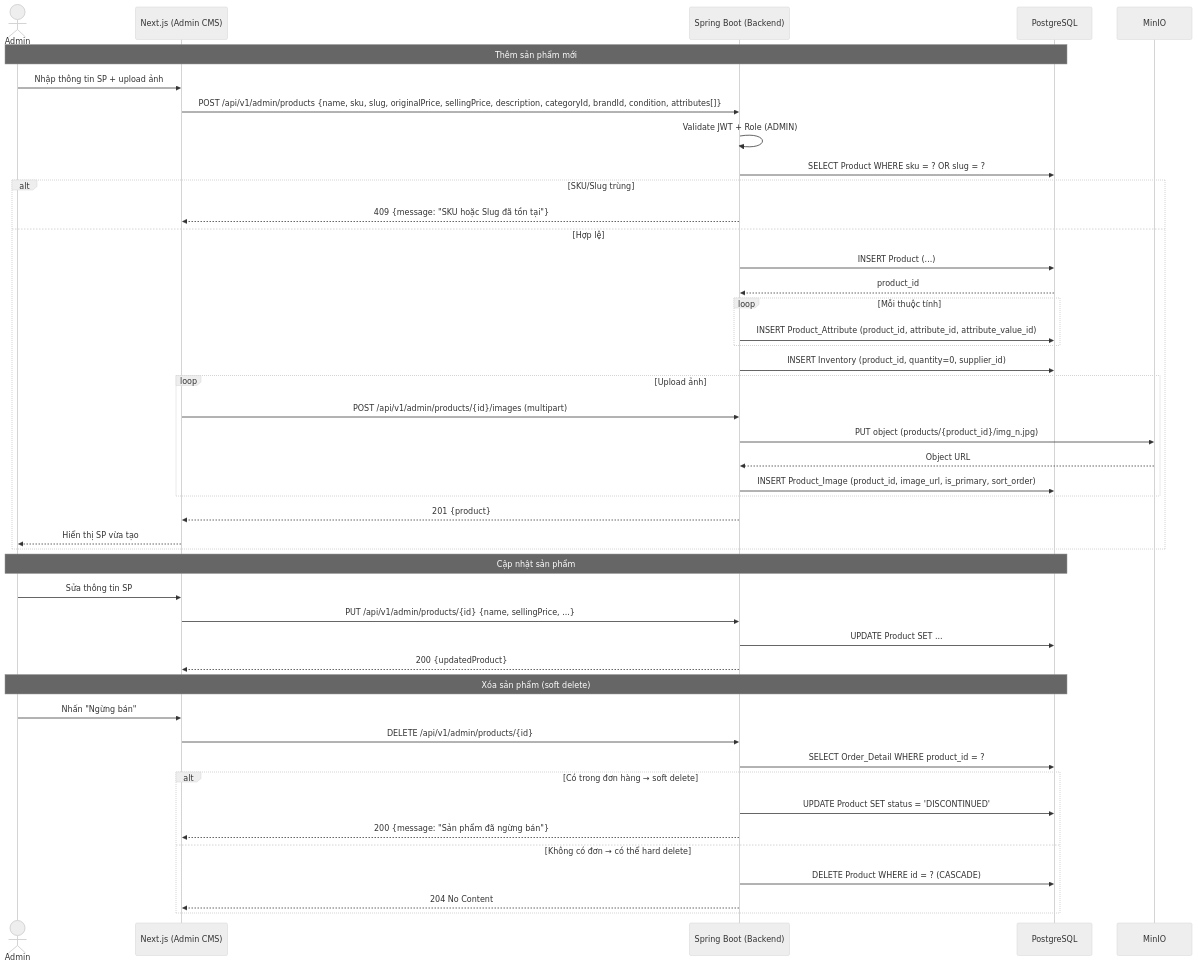
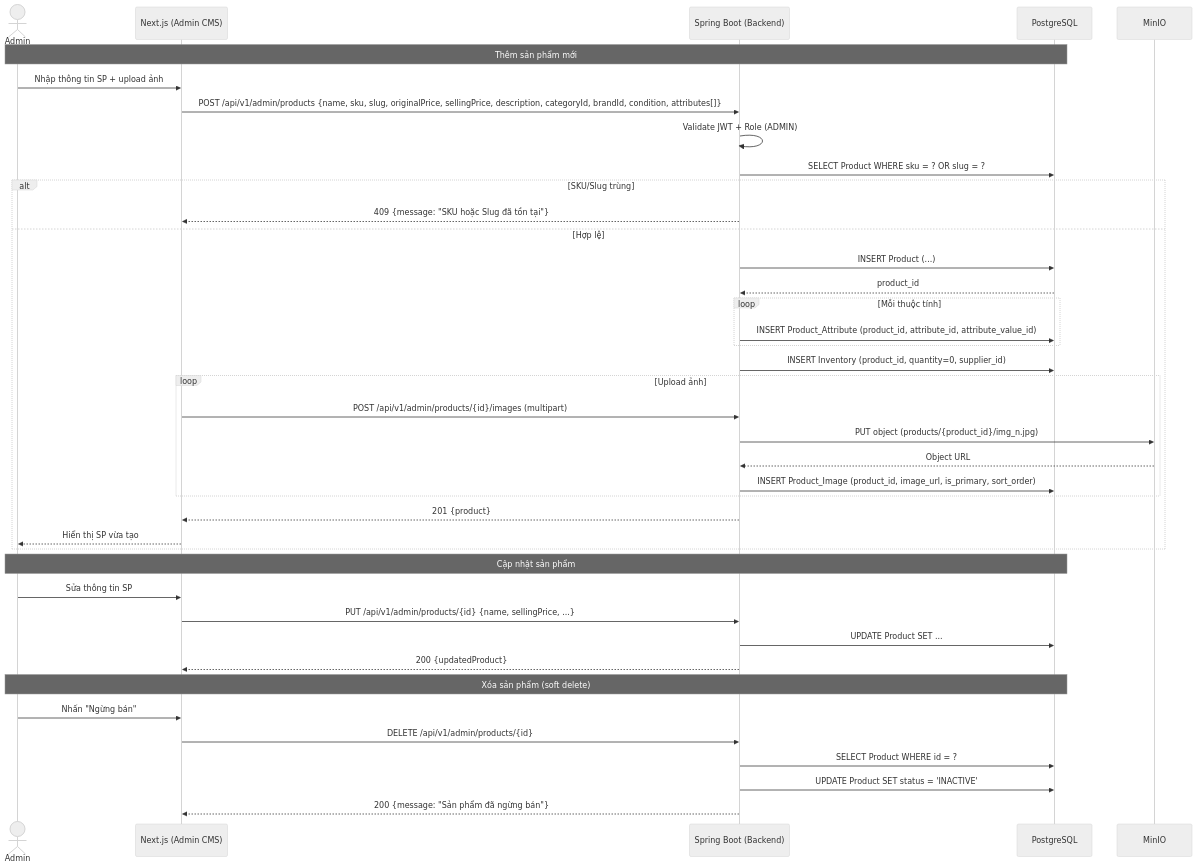
Before and after one commit to huuhieu56/PC-Parts-ECommerce: diagram 24 of 35 in docs/design.md, drawn with Mermaid (neutral theme). The commit also changed other lines of this file and 1 other file, not shown here.

````diff
--- a/docs/design.md
+++ b/docs/design.md
@@ -1451,50 +1447,45 @@
 ```mermaid
 sequenceDiagram
     actor Admin
     participant FE as Next.js (Admin CMS)
     participant BE as Spring Boot (Backend)
     participant DB as PostgreSQL
     participant Storage as MinIO
 
     Note over Admin,DB: Thêm sản phẩm mới
     Admin->>FE: Nhập thông tin SP + upload ảnh
     FE->>BE: POST /api/v1/admin/products {name, sku, slug, originalPrice, sellingPrice, description, categoryId, brandId, condition, attributes[]}
     BE->>BE: Validate JWT + Role (ADMIN)
     BE->>DB: SELECT Product WHERE sku = ? OR slug = ?
     alt SKU/Slug trùng
         BE-->>FE: 409 {message: "SKU hoặc Slug đã tồn tại"}
     else Hợp lệ
         BE->>DB: INSERT Product (...)
         DB-->>BE: product_id
         loop Mỗi thuộc tính
             BE->>DB: INSERT Product_Attribute (product_id, attribute_id, attribute_value_id)
         end
         BE->>DB: INSERT Inventory (product_id, quantity=0, supplier_id)
         loop Upload ảnh
             FE->>BE: POST /api/v1/admin/products/{id}/images (multipart)
             BE->>Storage: PUT object (products/{product_id}/img_n.jpg)
             Storage-->>BE: Object URL
             BE->>DB: INSERT Product_Image (product_id, image_url, is_primary, sort_order)
         end
         BE-->>FE: 201 {product}
         FE-->>Admin: Hiển thị SP vừa tạo
     end
 
     Note over Admin,DB: Cập nhật sản phẩm
     Admin->>FE: Sửa thông tin SP
     FE->>BE: PUT /api/v1/admin/products/{id} {name, sellingPrice, ...}
     BE->>DB: UPDATE Product SET ...
     BE-->>FE: 200 {updatedProduct}
 
     Note over Admin,DB: Xóa sản phẩm (soft delete)
     Admin->>FE: Nhấn "Ngừng bán"
     FE->>BE: DELETE /api/v1/admin/products/{id}
-    BE->>DB: SELECT Order_Detail WHERE product_id = ?
-    alt Có trong đơn hàng → soft delete
-        BE->>DB: UPDATE Product SET status = 'DISCONTINUED'
-        BE-->>FE: 200 {message: "Sản phẩm đã ngừng bán"}
-    else Không có đơn → có thể hard delete
-        BE->>DB: DELETE Product WHERE id = ? (CASCADE)
-        BE-->>FE: 204 No Content
-    end
+    BE->>DB: SELECT Product WHERE id = ?
+    BE->>DB: UPDATE Product SET status = 'INACTIVE'
+    BE-->>FE: 200 {message: "Sản phẩm đã ngừng bán"}
 ```
````
